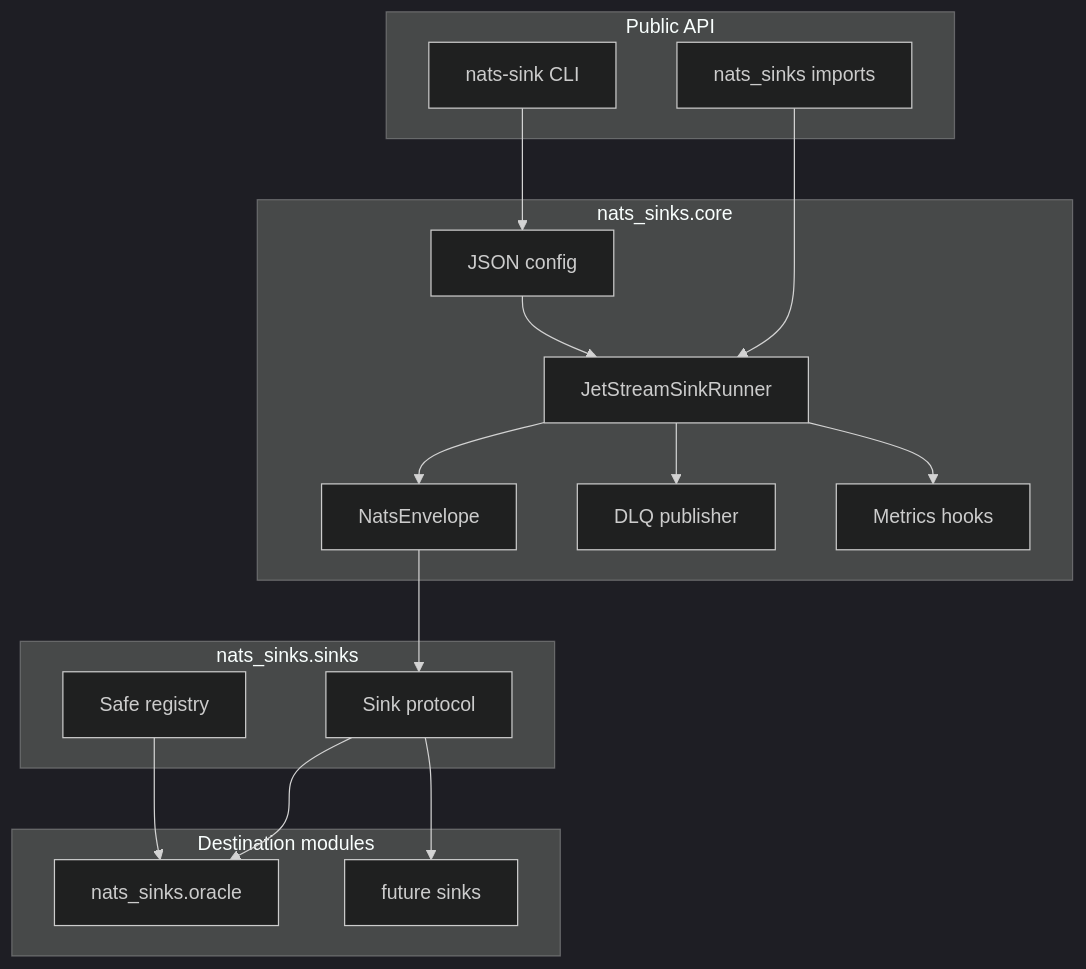
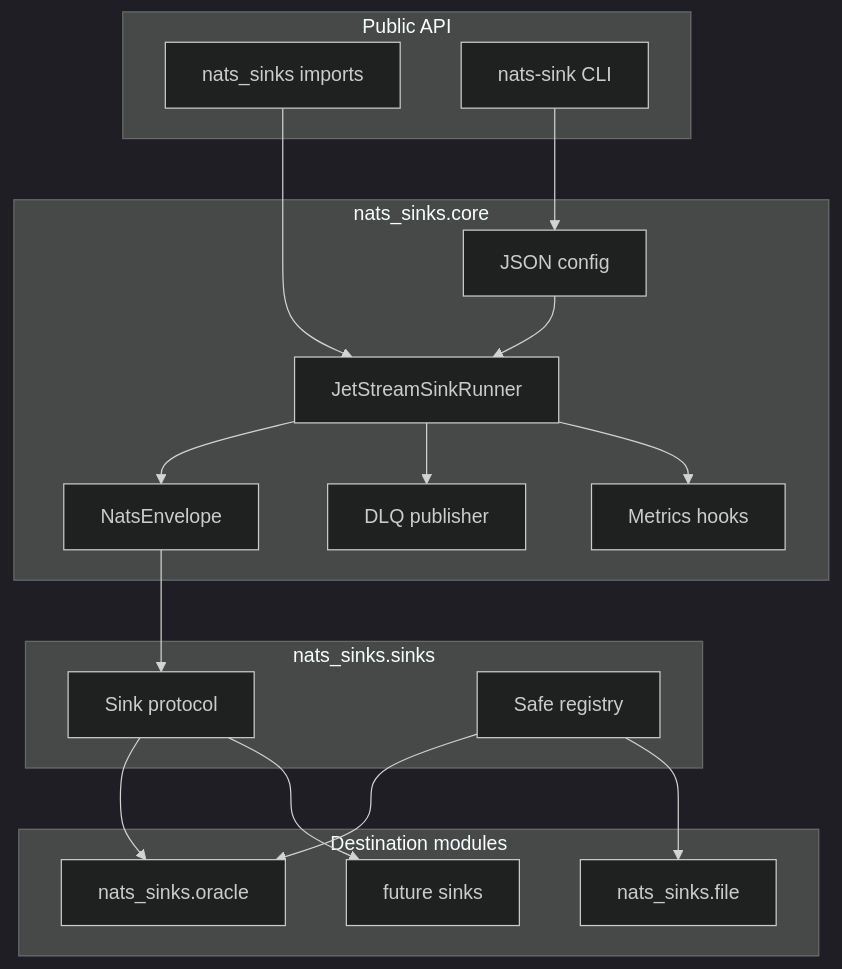
The first of 4 diagrams in docs/sink-framework.md (ProjectCuillin/nats-sinks), drawn with Mermaid (dark theme) before and after one commit. The commit also changed other lines of this file and 53 other files, not shown here.

````diff
--- a/docs/sink-framework.md
+++ b/docs/sink-framework.md
@@ -13,34 +14,36 @@
 ```mermaid
 flowchart TB
     subgraph PublicAPI[Public API]
         API[nats_sinks imports]
         CLI[nats-sink CLI]
     end
 
     subgraph Core[nats_sinks.core]
         Runner[JetStreamSinkRunner]
         Envelope[NatsEnvelope]
         Config[JSON config]
         DLQ[DLQ publisher]
         Metrics[Metrics hooks]
     end
 
     subgraph Contract[nats_sinks.sinks]
         Protocol[Sink protocol]
         Registry[Safe registry]
     end
 
     subgraph Destinations[Destination modules]
         Oracle[nats_sinks.oracle]
+        File[nats_sinks.file]
         Future[future sinks]
     end
 
     API --> Runner
     CLI --> Config --> Runner
     Runner --> Envelope --> Protocol
     Protocol --> Oracle
     Protocol --> Future
     Runner --> DLQ
     Runner --> Metrics
     Registry --> Oracle
+    Registry --> File
 ```
````
